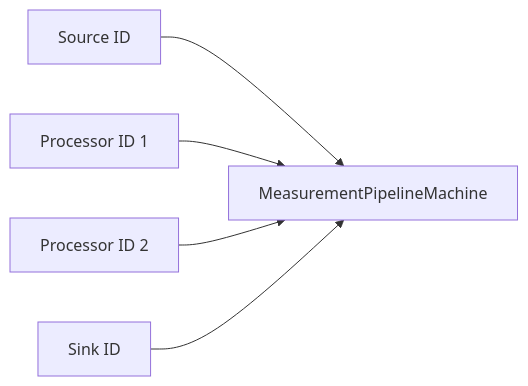
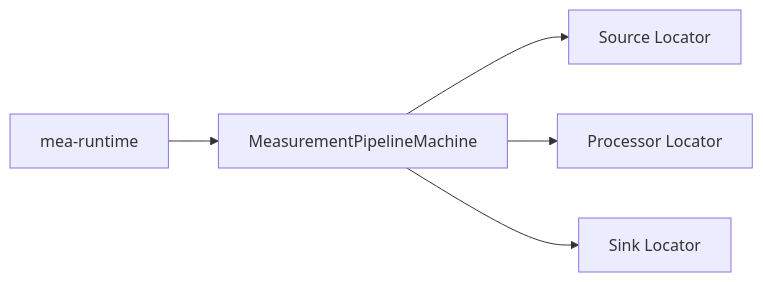
The first of 2 diagrams in repositories/mea-state-machine/README.md (MROutake/MEA-), drawn with Mermaid before and after one commit. The commit also changed other lines of this file and 86 other files, not shown here.

Commit message:
docs: align workspace with modular target architecture

````diff
--- a/repositories/mea-state-machine/README.md
+++ b/repositories/mea-state-machine/README.md
@@ -19,13 +12,13 @@
 ```mermaid
 flowchart LR
-    Source[Source ID]
-    P1[Processor ID 1]
-    P2[Processor ID 2]
-    Sink[Sink ID]
+    Runtime[mea-runtime]
     Machine[MeasurementPipelineMachine]
+    Sources[Source Locator]
+    Processors[Processor Locator]
+    Sinks[Sink Locator]
 
-    Source --> Machine
-    P1 --> Machine
-    P2 --> Machine
-    Sink --> Machine
+    Runtime --> Machine
+    Machine --> Sources
+    Machine --> Processors
+    Machine --> Sinks
 ```
````
